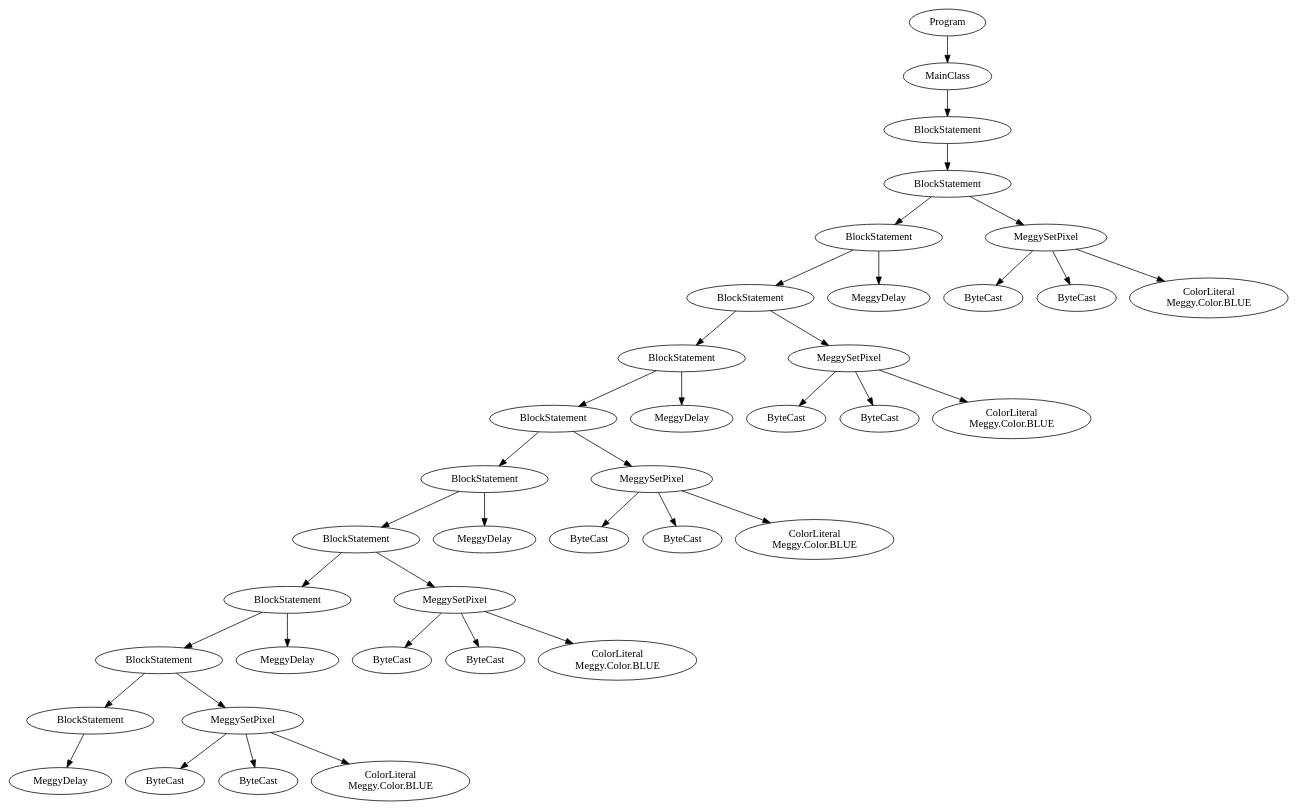
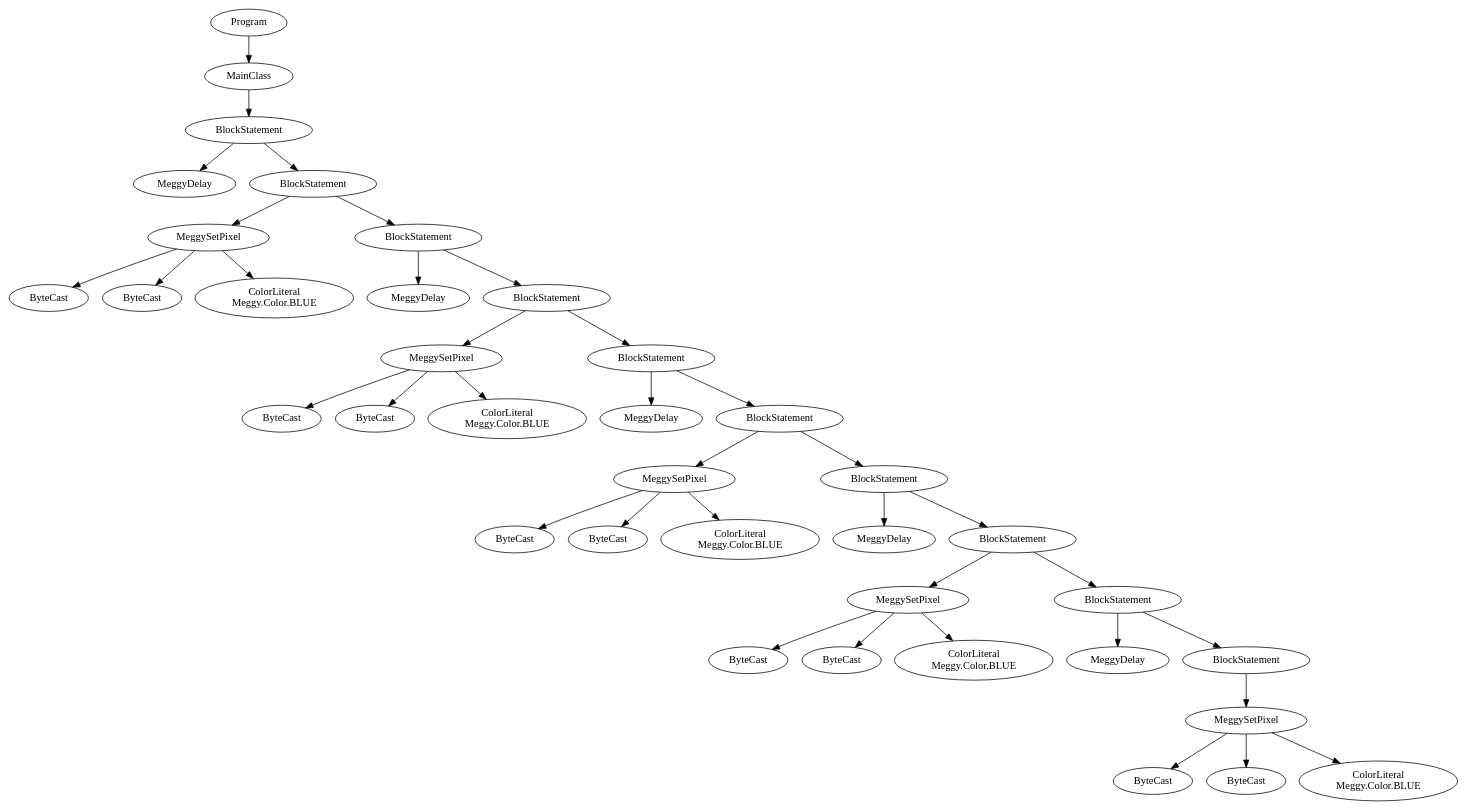
The diagram in Test1.java.ast.dot (karmaUdel/Meggy-Java-Compiler), drawn with Graphviz before and after one commit. The commit also changed 14 other files, not shown here.

Commit message:
Creating Block for each Statement/ Add IntLiteral / Fix RESULT = IF...

```diff
--- a/Test1.java.ast.dot
+++ b/Test1.java.ast.dot
@@ -1,77 +1,75 @@
 digraph ASTGraph {
 0 [ label="Program" ];
 1 [ label="MainClass" ];
 0 -> 1
 2 [ label="BlockStatement" ];
 1 -> 2
-3 [ label="BlockStatement" ];
+3 [ label="MeggyDelay" ];
 2 -> 3
 4 [ label="BlockStatement" ];
-3 -> 4
-5 [ label="BlockStatement" ];
+2 -> 4
+5 [ label="MeggySetPixel" ];
 4 -> 5
-6 [ label="BlockStatement" ];
+6 [ label="ByteCast" ];
 5 -> 6
-7 [ label="BlockStatement" ];
-6 -> 7
-8 [ label="BlockStatement" ];
-7 -> 8
+7 [ label="ByteCast" ];
+5 -> 7
+8 [ label="ColorLiteral\nMeggy.Color.BLUE" ];
+5 -> 8
 9 [ label="BlockStatement" ];
-8 -> 9
-10 [ label="BlockStatement" ];
+4 -> 9
+10 [ label="MeggyDelay" ];
 9 -> 10
 11 [ label="BlockStatement" ];
-10 -> 11
-12 [ label="BlockStatement" ];
+9 -> 11
+12 [ label="MeggySetPixel" ];
 11 -> 12
-13 [ label="MeggyDelay" ];
+13 [ label="ByteCast" ];
 12 -> 13
-14 [ label="MeggySetPixel" ];
-11 -> 14
-15 [ label="ByteCast" ];
-14 -> 15
-16 [ label="ByteCast" ];
-14 -> 16
-17 [ label="ColorLiteral\nMeggy.Color.BLUE" ];
-14 -> 17
-18 [ label="MeggyDelay" ];
-10 -> 18
+14 [ label="ByteCast" ];
+12 -> 14
+15 [ label="ColorLiteral\nMeggy.Color.BLUE" ];
+12 -> 15
+16 [ label="BlockStatement" ];
+11 -> 16
+17 [ label="MeggyDelay" ];
+16 -> 17
+18 [ label="BlockStatement" ];
+16 -> 18
 19 [ label="MeggySetPixel" ];
-9 -> 19
+18 -> 19
 20 [ label="ByteCast" ];
 19 -> 20
 21 [ label="ByteCast" ];
 19 -> 21
 22 [ label="ColorLiteral\nMeggy.Color.BLUE" ];
 19 -> 22
-23 [ label="MeggyDelay" ];
-8 -> 23
-24 [ label="MeggySetPixel" ];
-7 -> 24
-25 [ label="ByteCast" ];
-24 -> 25
-26 [ label="ByteCast" ];
-24 -> 26
-27 [ label="ColorLiteral\nMeggy.Color.BLUE" ];
-24 -> 27
-28 [ label="MeggyDelay" ];
-6 -> 28
-29 [ label="MeggySetPixel" ];
-5 -> 29
-30 [ label="ByteCast" ];
-29 -> 30
-31 [ label="ByteCast" ];
-29 -> 31
-32 [ label="ColorLiteral\nMeggy.Color.BLUE" ];
-29 -> 32
-33 [ label="MeggyDelay" ];
-4 -> 33
-34 [ label="MeggySetPixel" ];
-3 -> 34
+23 [ label="BlockStatement" ];
+18 -> 23
+24 [ label="MeggyDelay" ];
+23 -> 24
+25 [ label="BlockStatement" ];
+23 -> 25
+26 [ label="MeggySetPixel" ];
+25 -> 26
+27 [ label="ByteCast" ];
+26 -> 27
+28 [ label="ByteCast" ];
+26 -> 28
+29 [ label="ColorLiteral\nMeggy.Color.BLUE" ];
+26 -> 29
+30 [ label="BlockStatement" ];
+25 -> 30
+31 [ label="MeggyDelay" ];
+30 -> 31
+32 [ label="BlockStatement" ];
+30 -> 32
+33 [ label="MeggySetPixel" ];
+32 -> 33
+34 [ label="ByteCast" ];
+33 -> 34
 35 [ label="ByteCast" ];
-34 -> 35
-36 [ label="ByteCast" ];
-34 -> 36
-37 [ label="ColorLiteral\nMeggy.Color.BLUE" ];
-34 -> 37
+33 -> 35
+36 [ label="ColorLiteral\nMeggy.Color.BLUE" ];
+33 -> 36
 }
```
